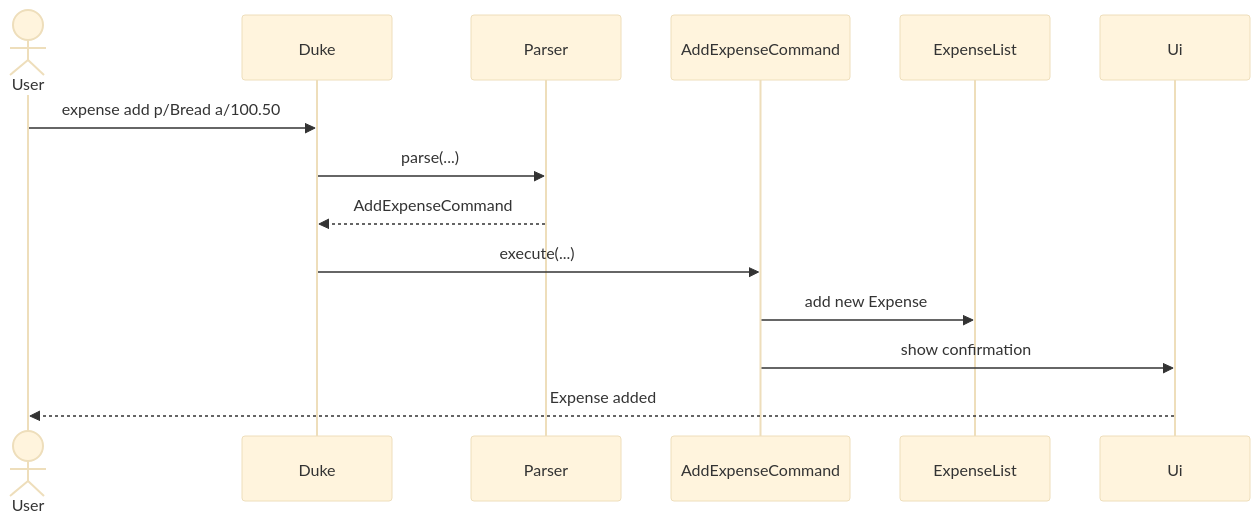
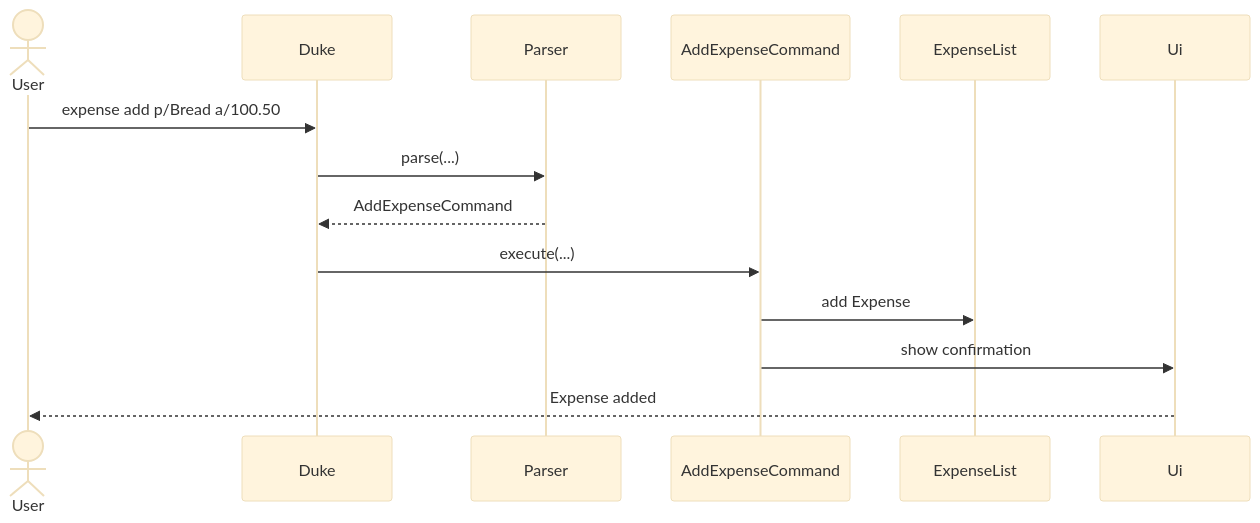
One commit to AY2627S1-CS2113-T11-1/tp changed the seventh of 9 diagrams in docs/DeveloperGuide.md. Above: the diagram before and after it, drawn with Mermaid (base theme). The commit also changed other lines of this file, not shown here.

First line of the commit message:
Simplify expense and finance DG section

````diff
--- a/docs/DeveloperGuide.md
+++ b/docs/DeveloperGuide.md
@@ -468,17 +463,17 @@
 ```mermaid
 sequenceDiagram
     actor User
     participant D as Duke
     participant P as Parser
     participant C as AddExpenseCommand
     participant L as ExpenseList
     participant U as Ui
 
     User->>D: expense add p/Bread a/100.50
     D->>P: parse(...)
     P-->>D: AddExpenseCommand
     D->>C: execute(...)
-    C->>L: add new Expense
+    C->>L: add Expense
     C->>U: show confirmation
     U-->>User: Expense added
 ```
````
